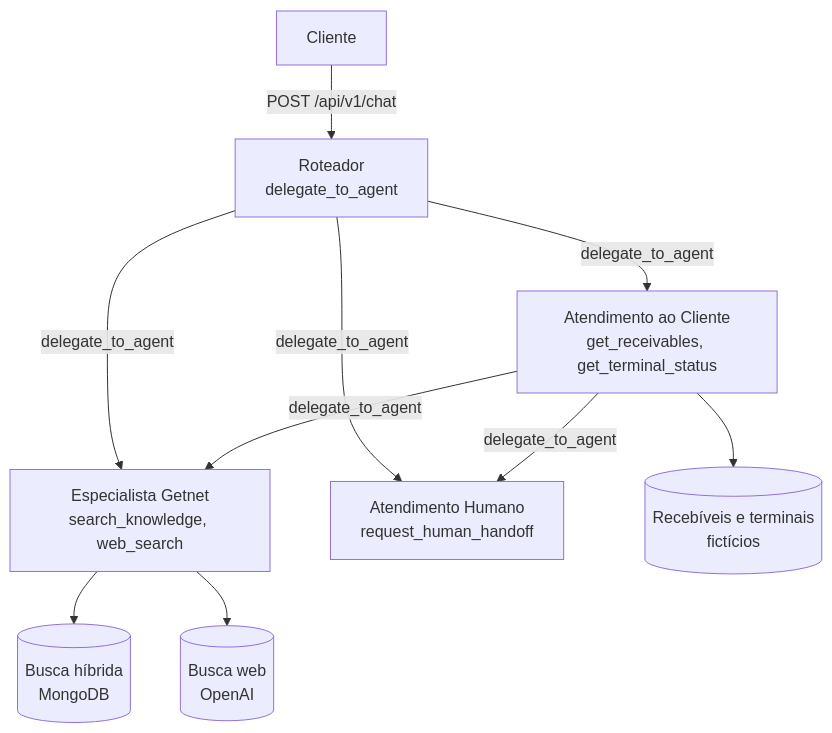
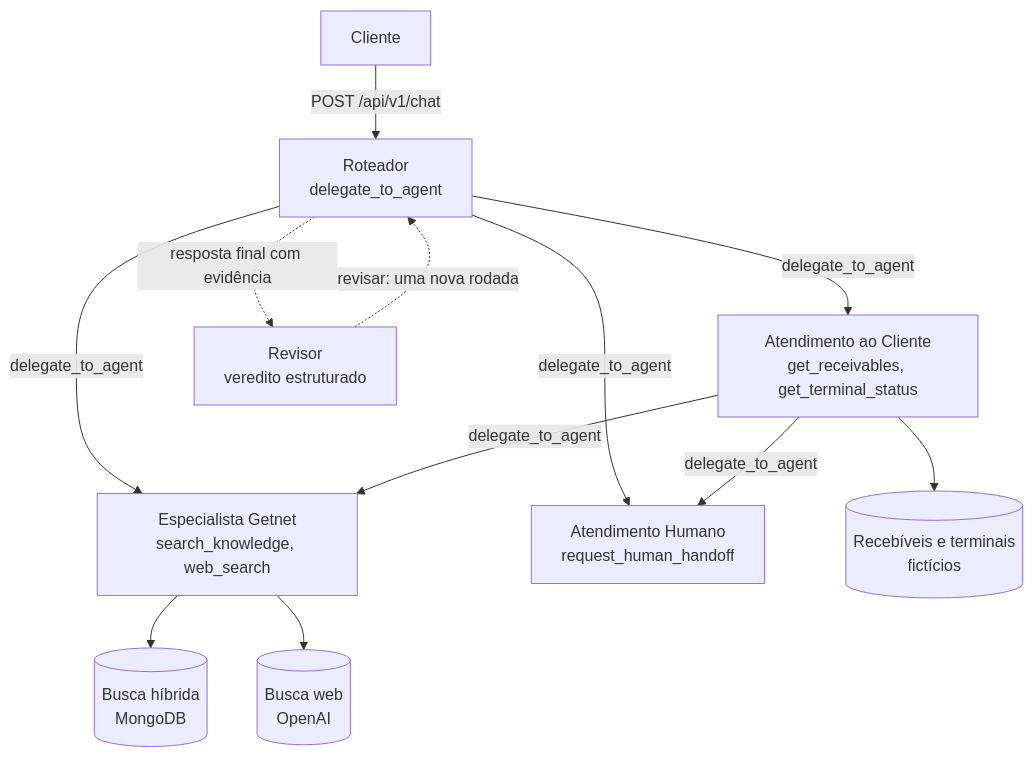
Before and after one commit to GabrielLTM/ai-hardcore-challenge: the first of 4 diagrams in README.md, drawn with Mermaid. The commit also changed other lines of this file and 132 other files, not shown here.

````diff
--- a/README.md
+++ b/README.md
@@ -151,12 +168,14 @@
 ```mermaid
 flowchart TD
     U[Cliente] -->|POST /api/v1/chat| R
     R["Roteador<br/>delegate_to_agent"] -->|delegate_to_agent| S["Atendimento ao Cliente<br/>get_receivables, get_terminal_status"]
     R -->|delegate_to_agent| K["Especialista Getnet<br/>search_knowledge, web_search"]
     R -->|delegate_to_agent| H["Atendimento Humano<br/>request_human_handoff"]
     S -->|delegate_to_agent| H
     S -->|delegate_to_agent| K
     S --> DB[(Recebíveis e terminais<br/>fictícios)]
     K --> RAG[(Busca híbrida<br/>MongoDB)]
     K --> WEB[(Busca web<br/>OpenAI)]
+    R -.->|resposta final com evidência| V["Revisor<br/>veredito estruturado"]
+    V -.->|revisar: uma nova rodada| R
 ```
````
